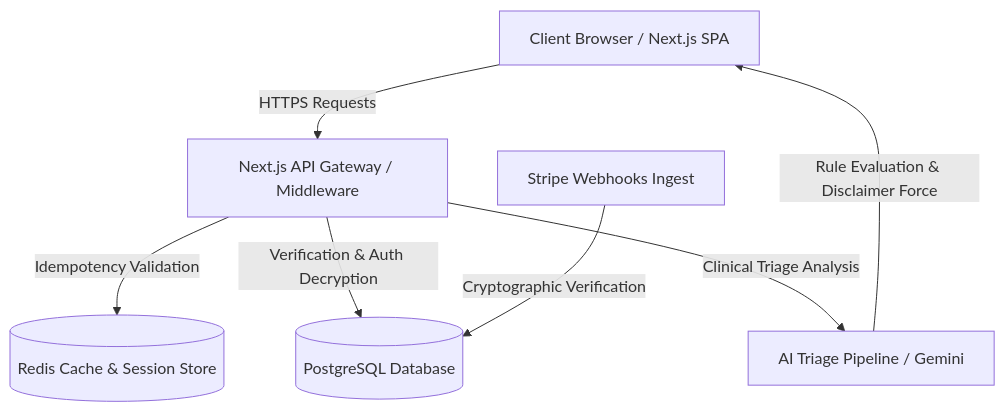
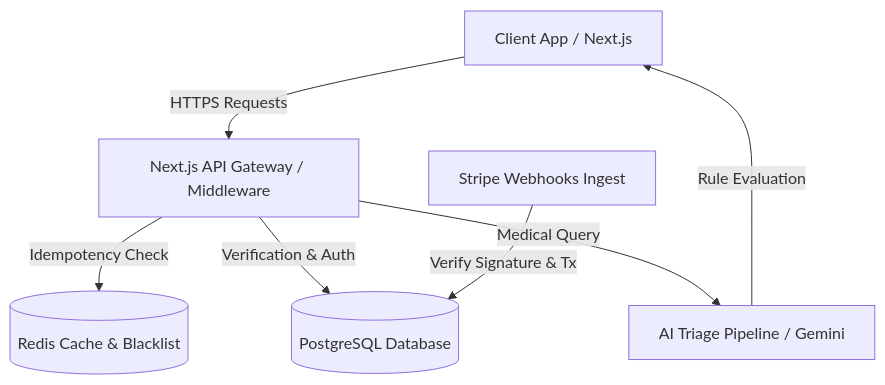
One commit to debayanCODES-1/Health-Portal changed the diagram in README.md. Above: the diagram before and after it, drawn with Mermaid. The commit also changed other lines of this file, not shown here.

````diff
--- a/README.md
+++ b/README.md
@@ -11,9 +11,9 @@
 ```mermaid
 graph TD
-    Client[Client Browser / Next.js SPA] -->|HTTPS Requests| LB[Next.js API Gateway / Middleware]
-    LB -->|Idempotency Validation| Redis[(Redis Cache & Session Store)]
-    LB -->|Verification & Auth Decryption| DB[(PostgreSQL Database)]
-    LB -->|Clinical Triage Analysis| Triage[AI Triage Pipeline / Gemini]
-    Triage -->|Rule Evaluation & Disclaimer Force| Client
-    Webhook[Stripe Webhooks Ingest] -->|Cryptographic Verification| DB
+    Client[Client App / Next.js] -->|HTTPS Requests| LB[Next.js API Gateway / Middleware]
+    LB -->|Idempotency Check| Redis[(Redis Cache & Blacklist)]
+    LB -->|Verification & Auth| DB[(PostgreSQL Database)]
+    LB -->|Medical Query| Triage[AI Triage Pipeline / Gemini]
+    Triage -->|Rule Evaluation| Client
+    Webhook[Stripe Webhooks Ingest] -->|Verify Signature & Tx| DB
 ```
````
